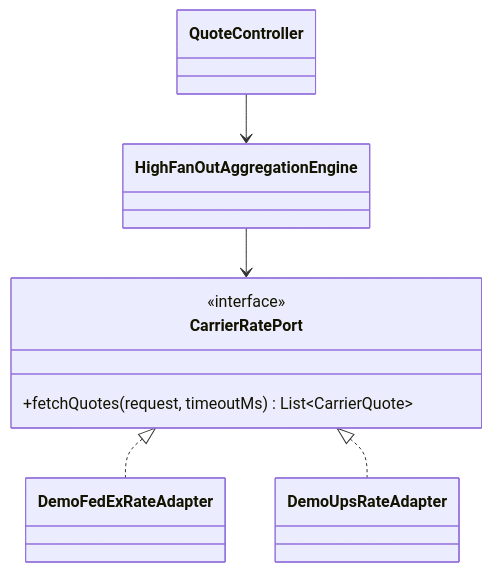
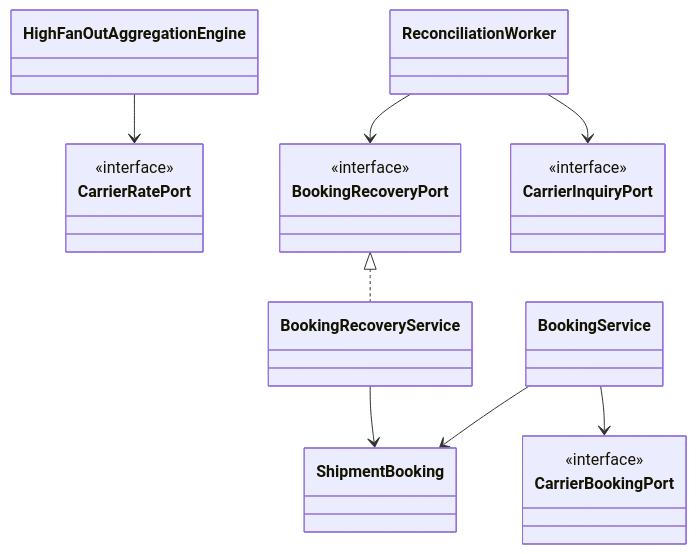
Before and after one commit to white-hf/multi-carrier-shipping: the diagram in README.md, drawn with Mermaid. The commit also changed other lines of this file and 8 other files, not shown here.

````diff
--- a/README.md
+++ b/README.md
@@ -84,15 +47,27 @@
 ```mermaid
 classDiagram
-    class QuoteController
     class HighFanOutAggregationEngine
     class CarrierRatePort {
         <<interface>>
-        +fetchQuotes(request, timeoutMs) List~CarrierQuote~
     }
-    class DemoFedExRateAdapter
-    class DemoUpsRateAdapter
-    QuoteController --> HighFanOutAggregationEngine
+    class BookingService
+    class ShipmentBooking
+    class CarrierBookingPort {
+        <<interface>>
+    }
+    class BookingRecoveryPort {
+        <<interface>>
+    }
+    class BookingRecoveryService
+    class ReconciliationWorker
+    class CarrierInquiryPort {
+        <<interface>>
+    }
     HighFanOutAggregationEngine --> CarrierRatePort
-    CarrierRatePort <|.. DemoFedExRateAdapter
-    CarrierRatePort <|.. DemoUpsRateAdapter
+    BookingService --> ShipmentBooking
+    BookingService --> CarrierBookingPort
+    BookingRecoveryPort <|.. BookingRecoveryService
+    BookingRecoveryService --> ShipmentBooking
+    ReconciliationWorker --> BookingRecoveryPort
+    ReconciliationWorker --> CarrierInquiryPort
 ```
````
